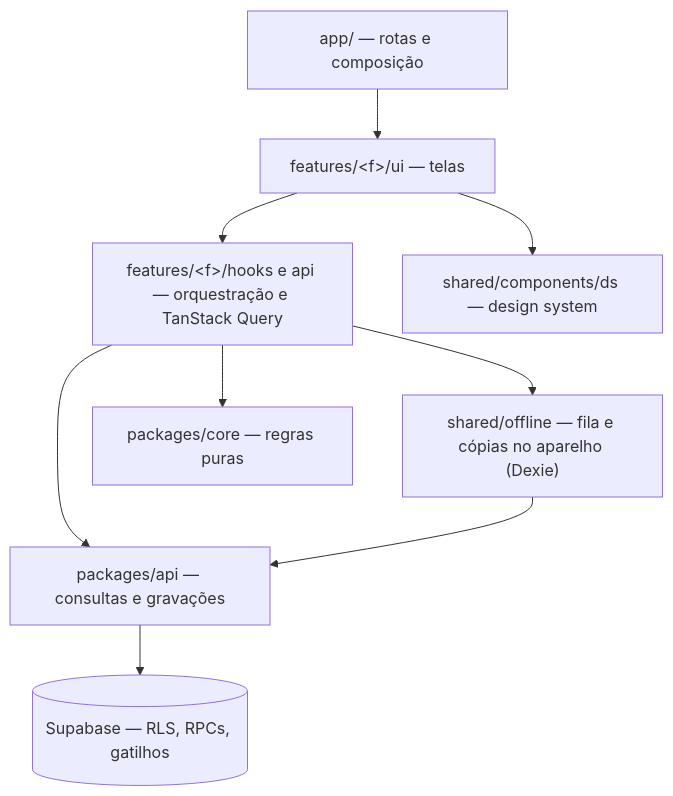
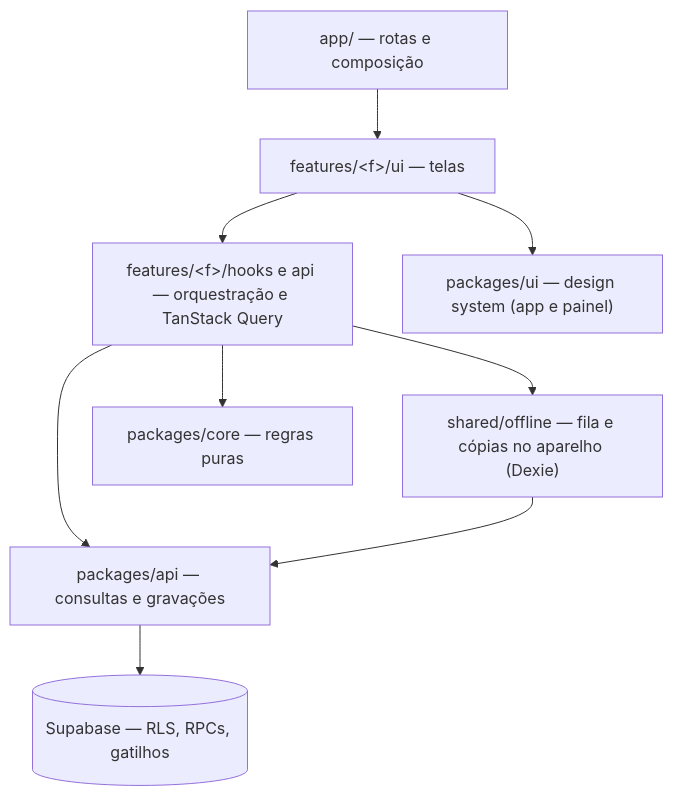
One commit to glauber2k2/GUF_PWA changed the diagram in docs/architecture.md. Above: the diagram before and after it, drawn with Mermaid. The commit also changed other lines of this file and 220 other files, not shown here.

First line of the commit message:
feat: painel de administração (apps/admin) e comunicados no app

````diff
--- a/docs/architecture.md
+++ b/docs/architecture.md
@@ -21,11 +21,11 @@
 ```mermaid
 flowchart TD
     A["app/ — rotas e composição"] --> B["features/&lt;f&gt;/ui — telas"]
     B --> C["features/&lt;f&gt;/hooks e api — orquestração e TanStack Query"]
     C --> D["packages/api — consultas e gravações"]
     C --> E["shared/offline — fila e cópias no aparelho (Dexie)"]
     E --> D
     C --> F["packages/core — regras puras"]
     D --> G[("Supabase — RLS, RPCs, gatilhos")]
-    B --> H["shared/components/ds — design system"]
+    B --> H["packages/ui — design system (app e painel)"]
 ```
````
